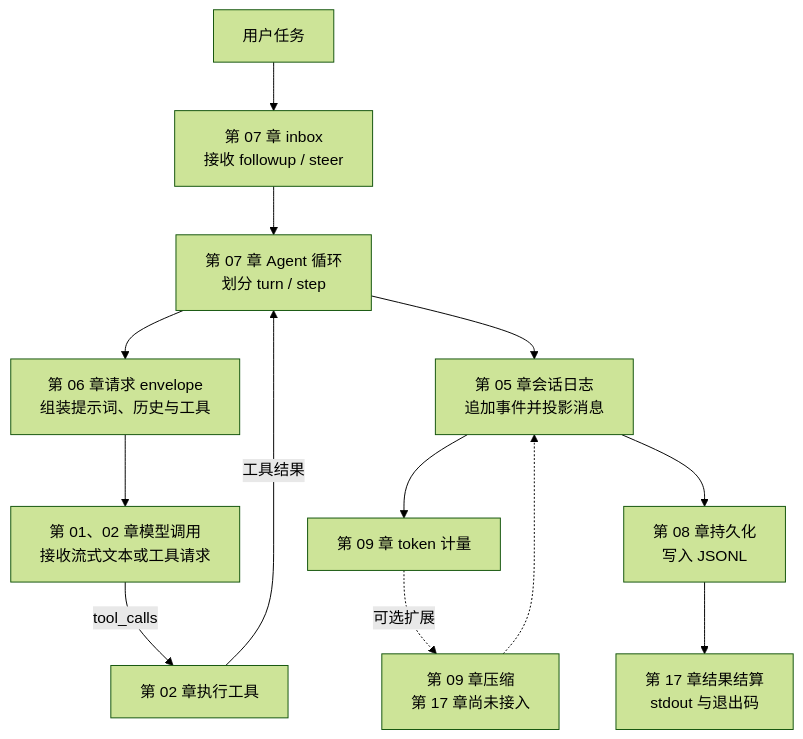
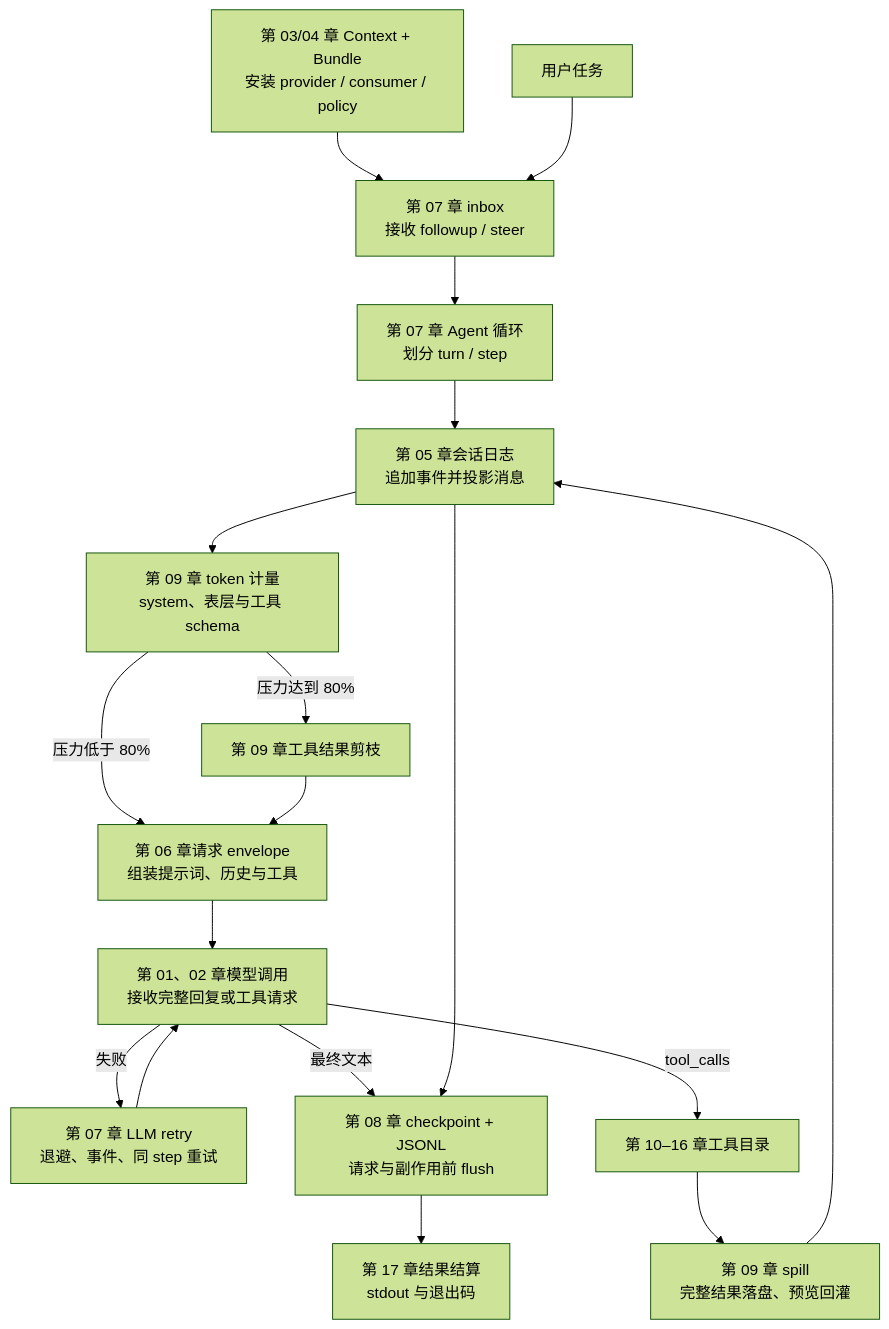
One commit to warmsum/mini-harness changed the diagram in README.md. Above: the diagram before and after it, drawn with Mermaid (forest theme). The commit also changed other lines of this file and 72 other files, not shown here.

````diff
--- a/README.md
+++ b/README.md
@@ -135,15 +135,20 @@
 ```mermaid
 flowchart TB
+    BUNDLE[第 03/04 章 Context + Bundle<br>安装 provider / consumer / policy] --> INBOX
     TASK[用户任务] --> INBOX[第 07 章 inbox<br>接收 followup / steer]
     INBOX --> LOOP[第 07 章 Agent 循环<br>划分 turn / step]
-    LOOP --> ENV[第 06 章请求 envelope<br>组装提示词、历史与工具]
-    ENV --> CALL[第 01、02 章模型调用<br>接收流式文本或工具请求]
-    CALL -->|tool_calls| TOOLS[第 02 章执行工具]
-    TOOLS -->|工具结果| LOOP
     LOOP --> LOG[第 05 章会话日志<br>追加事件并投影消息]
-    LOG --> METER[第 09 章 token 计量]
-    METER -.->|可选扩展| COMPACT[第 09 章压缩<br>第 17 章尚未接入]
-    COMPACT -.-> LOG
-    LOG --> PERSIST[第 08 章持久化<br>写入 JSONL]
+    LOG --> METER[第 09 章 token 计量<br>system、表层与工具 schema]
+    METER -->|压力低于 80%| ENV[第 06 章请求 envelope<br>组装提示词、历史与工具]
+    METER -->|压力达到 80%| PRUNE[第 09 章工具结果剪枝]
+    PRUNE --> ENV
+    ENV --> CALL[第 01、02 章模型调用<br>接收完整回复或工具请求]
+    CALL -->|失败| RETRY[第 07 章 LLM retry<br>退避、事件、同 step 重试]
+    RETRY --> CALL
+    CALL -->|最终文本| PERSIST
+    CALL -->|tool_calls| TOOLS[第 10–16 章工具目录]
+    TOOLS --> SPILL[第 09 章 spill<br>完整结果落盘、预览回灌]
+    SPILL --> LOG
+    LOG --> PERSIST[第 08 章 checkpoint + JSONL<br>请求与副作用前 flush]
     PERSIST --> OUT[第 17 章结果结算<br>stdout 与退出码]
 ```
````
